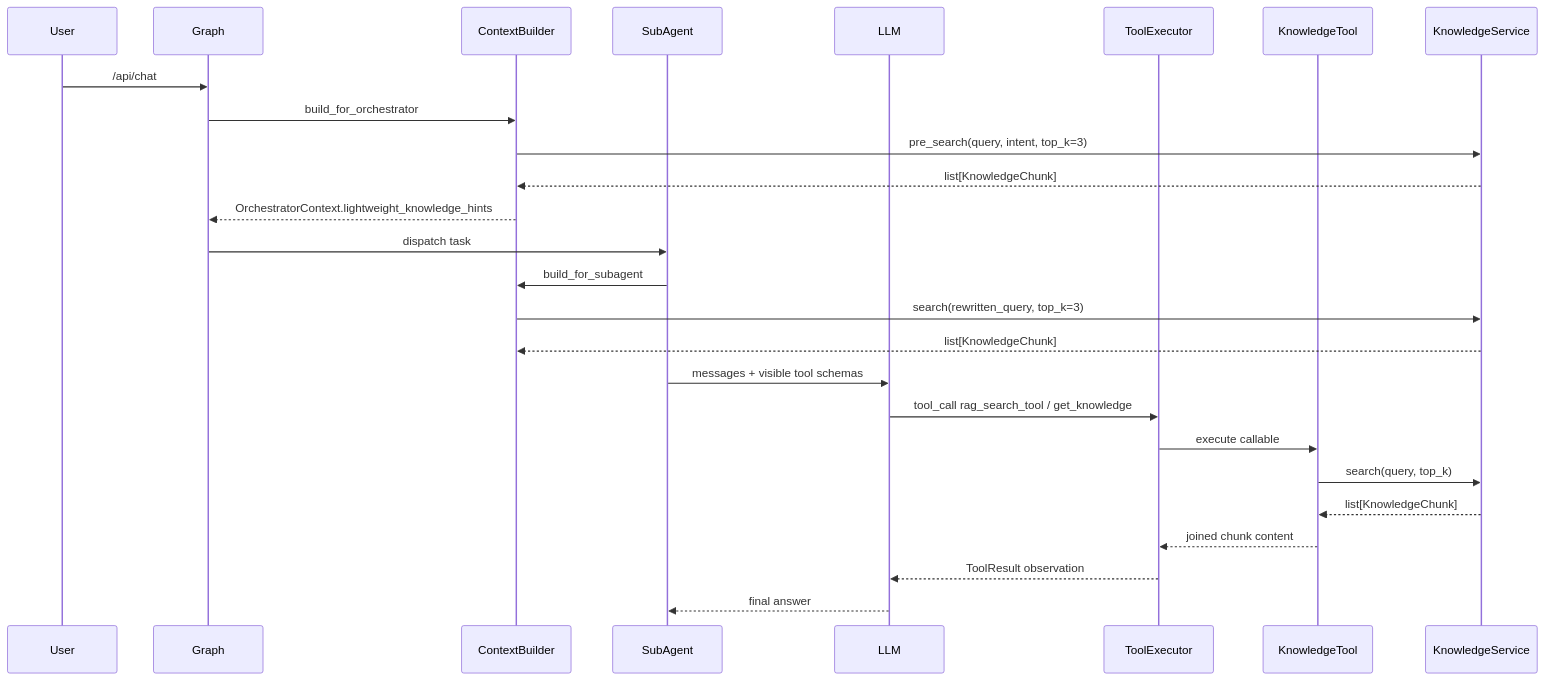
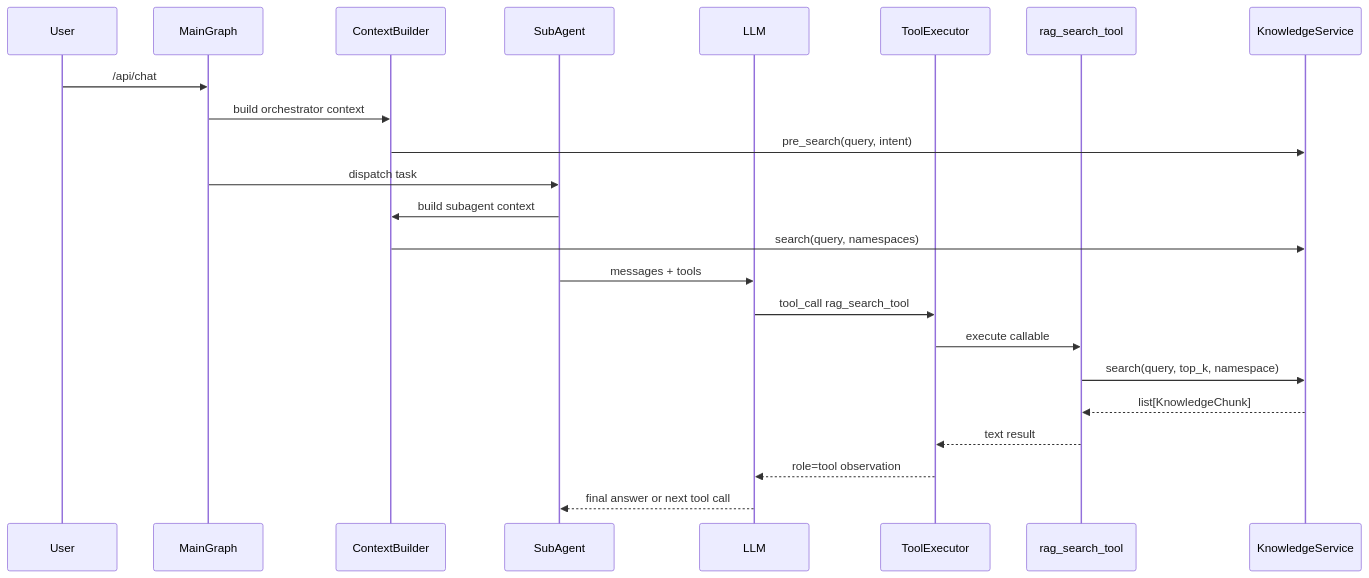
One commit to Ygj11/multi-agent changed the second of 2 diagrams in agent-development/docs/Knowledge Service Usage.md. Above: the diagram before and after it, drawn with Mermaid. The commit also changed other lines of this file and 55 other files, not shown here.

````diff
--- a/agent-development/docs/Knowledge Service Usage.md
+++ b/agent-development/docs/Knowledge Service Usage.md
@@ -285,29 +183,26 @@
 ```mermaid
 sequenceDiagram
     participant User
-    participant Graph
+    participant Graph as MainGraph
     participant ContextBuilder
     participant SubAgent
     participant LLM
     participant ToolExecutor
-    participant KnowledgeTool
+    participant KnowledgeTool as rag_search_tool
     participant KnowledgeService
 
     User->>Graph: /api/chat
-    Graph->>ContextBuilder: build_for_orchestrator
-    ContextBuilder->>KnowledgeService: pre_search(query, intent, top_k=3)
-    KnowledgeService-->>ContextBuilder: list[KnowledgeChunk]
-    ContextBuilder-->>Graph: OrchestratorContext.lightweight_knowledge_hints
+    Graph->>ContextBuilder: build orchestrator context
+    ContextBuilder->>KnowledgeService: pre_search(query, intent)
     Graph->>SubAgent: dispatch task
-    SubAgent->>ContextBuilder: build_for_subagent
-    ContextBuilder->>KnowledgeService: search(rewritten_query, top_k=3)
-    KnowledgeService-->>ContextBuilder: list[KnowledgeChunk]
-    SubAgent->>LLM: messages + visible tool schemas
-    LLM->>ToolExecutor: tool_call rag_search_tool / get_knowledge
+    SubAgent->>ContextBuilder: build subagent context
+    ContextBuilder->>KnowledgeService: search(query, namespaces)
+    SubAgent->>LLM: messages + tools
+    LLM->>ToolExecutor: tool_call rag_search_tool
     ToolExecutor->>KnowledgeTool: execute callable
-    KnowledgeTool->>KnowledgeService: search(query, top_k)
+    KnowledgeTool->>KnowledgeService: search(query, top_k, namespace)
     KnowledgeService-->>KnowledgeTool: list[KnowledgeChunk]
-    KnowledgeTool-->>ToolExecutor: joined chunk content
-    ToolExecutor-->>LLM: ToolResult observation
-    LLM-->>SubAgent: final answer
+    KnowledgeTool-->>ToolExecutor: text result
+    ToolExecutor-->>LLM: role=tool observation
+    LLM-->>SubAgent: final answer or next tool call
 ```
````
